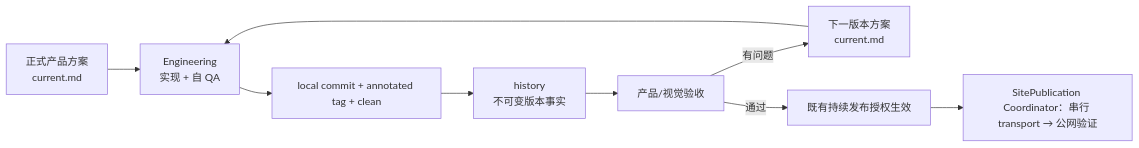
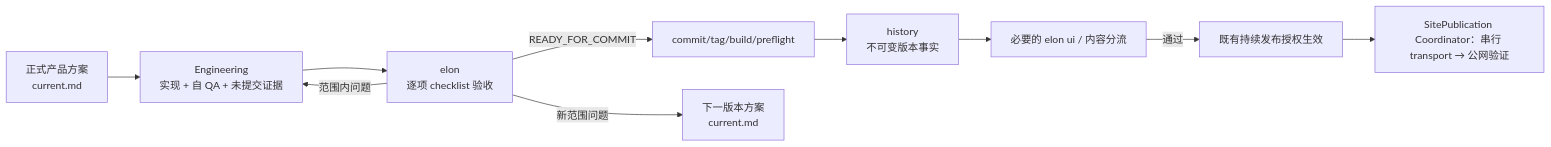
Before and after one commit to xingbuild/xingbuild: the diagram in docs/rules/iteration-and-release.md, drawn with Mermaid. The commit also changed other lines of this file and 22 other files, not shown here.

````diff
--- a/docs/rules/iteration-and-release.md
+++ b/docs/rules/iteration-and-release.md
@@ -7,11 +7,12 @@
 ```mermaid
 flowchart LR
-    A["正式产品方案\ncurrent.md"] --> B["Engineering\n实现 + 自 QA"]
-    B --> C["local commit + annotated tag + clean"]
-    C --> D["history\n不可变版本事实"]
-    D --> E["产品/视觉验收"]
-    E -->|有问题| F["下一版本方案\ncurrent.md"]
-    F --> B
-    E -->|通过| G["既有持续发布授权生效"]
+    A["正式产品方案\ncurrent.md"] --> B["Engineering\n实现 + 自 QA + 未提交证据"]
+    B --> C["elon\n逐项 checklist 验收"]
+    C -->|范围内问题| B
+    C -->|READY_FOR_COMMIT| D["commit/tag/build/preflight"]
+    D --> E["history\n不可变版本事实"]
+    E --> F["必要的 elon ui / 内容分流"]
+    F -->|通过| G["既有持续发布授权生效"]
     G --> H["SitePublication Coordinator：串行 transport → 公网验证"]
+    C -->|新范围问题| I["下一版本方案\ncurrent.md"]
 ```
````
